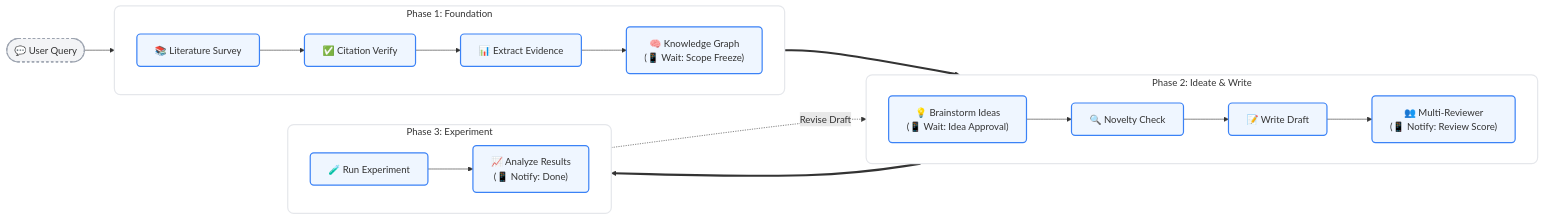
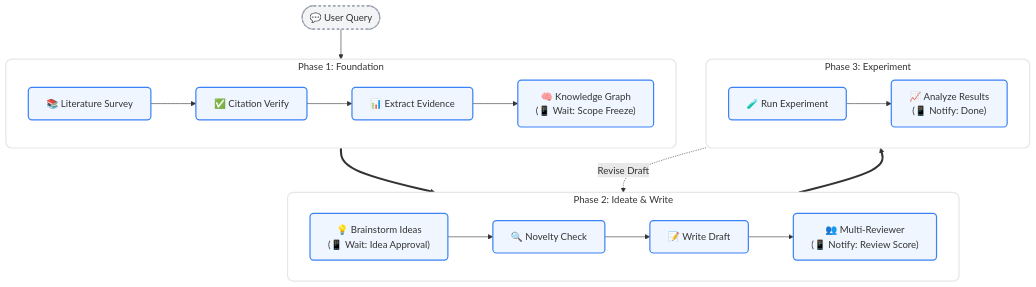
One commit to ChunqiGuo02/Nexus changed the diagram in README.md. Above: the diagram before and after it, drawn with Mermaid.

````diff
--- a/README.md
+++ b/README.md
@@ -24,31 +24,31 @@
 ```mermaid
-flowchart LR
+flowchart TD
     %% Styles
     classDef phaseBox fill:#ffffff,stroke:#e5e7eb,stroke-width:2px,rx:10,ry:10
     classDef node fill:#eff6ff,stroke:#3b82f6,stroke-width:2px,rx:6,ry:6
     classDef query fill:#f3f4f6,stroke:#9ca3af,stroke-width:2px,stroke-dasharray: 4 4
 
     Q(["💬 User Query"]):::query
     
     subgraph P1 ["Phase 1: Foundation"]
         direction LR
         S["📚 Literature Survey"]:::node --> V["✅ Citation Verify"]:::node --> E["📊 Extract Evidence"]:::node --> K["🧠 Knowledge Graph\n(📱 Wait: Scope Freeze)"]:::node
     end
 
     subgraph P2 ["Phase 2: Ideate & Write"]
         direction LR
         B["💡 Brainstorm Ideas\n(📱 Wait: Idea Approval)"]:::node --> N["🔍 Novelty Check"]:::node --> D["📝 Write Draft"]:::node --> M["👥 Multi-Reviewer\n(📱 Notify: Review Score)"]:::node
     end
 
     subgraph P3 ["Phase 3: Experiment"]
         direction LR
         R["🧪 Run Experiment"]:::node --> A["📈 Analyze Results\n(📱 Notify: Done)"]:::node
     end
 
     Q --> P1
     P1 ==> P2
     P2 ==> P3
     P3 -.->|Revise Draft| P2
 
     class P1,P2,P3 phaseBox
 ```
````
